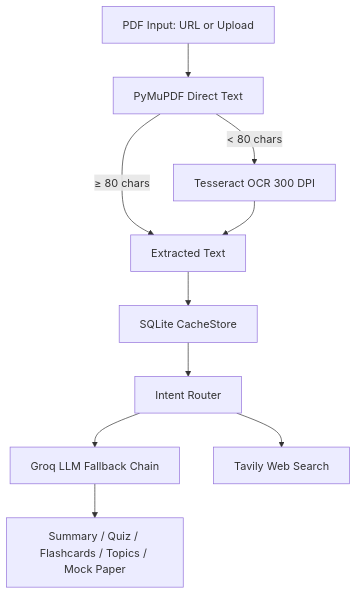
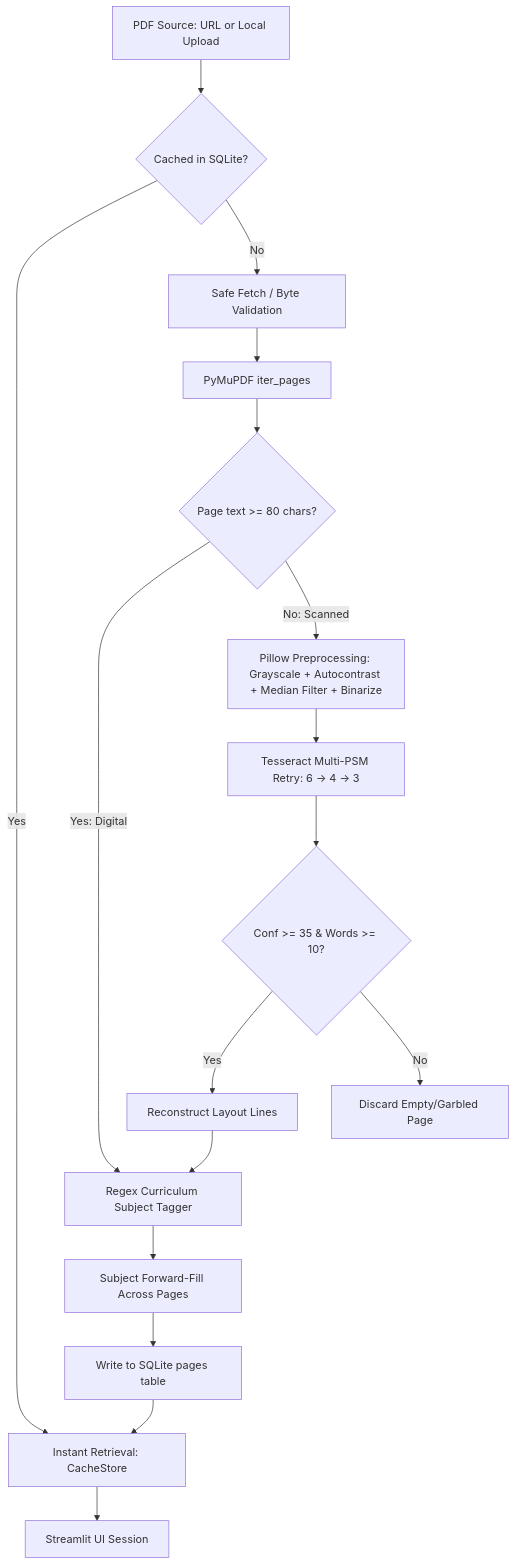
Before and after one commit to dummycodertech/CampusBrain_chatbot: the second of 2 diagrams in README.md, drawn with Mermaid. The commit also changed other lines of this file and 2 other files, not shown here.

Commit message:
docs: overhaul README with comprehensive architecture, technical specs, and live screenshot

````diff
--- a/README.md
+++ b/README.md
@@ -186,12 +296,19 @@
 ```mermaid
 flowchart TD
-    A[PDF Input: URL or Upload] --> B[PyMuPDF Direct Text]
-    B -->|≥ 80 chars| C[Extracted Text]
-    B -->|< 80 chars| D[Tesseract OCR 300 DPI]
-    D --> C
-    C --> E[SQLite CacheStore]
-    E --> F[Intent Router]
-    F --> G[Groq LLM Fallback Chain]
-    F --> H[Tavily Web Search]
-    G --> I[Summary / Quiz / Flashcards / Topics / Mock Paper]
+    A[PDF Source: URL or Local Upload] --> B{Cached in SQLite?}
+    B -->|Yes| C[Instant Retrieval: CacheStore]
+    B -->|No| D[Safe Fetch / Byte Validation]
+    D --> E[PyMuPDF iter_pages]
+    E --> F{Page text >= 80 chars?}
+    F -->|Yes: Digital| G[Regex Curriculum Subject Tagger]
+    F -->|No: Scanned| H[Pillow Preprocessing: Grayscale + Autocontrast + Median Filter + Binarize]
+    H --> I[Tesseract Multi-PSM Retry: 6 -> 4 -> 3]
+    I --> J{Conf >= 35 & Words >= 10?}
+    J -->|Yes| K[Reconstruct Layout Lines]
+    J -->|No| L[Discard Empty/Garbled Page]
+    K --> G
+    G --> M[Subject Forward-Fill Across Pages]
+    M --> N[Write to SQLite pages table]
+    N --> C
+    C --> O[Streamlit UI Session]
 ```
````
